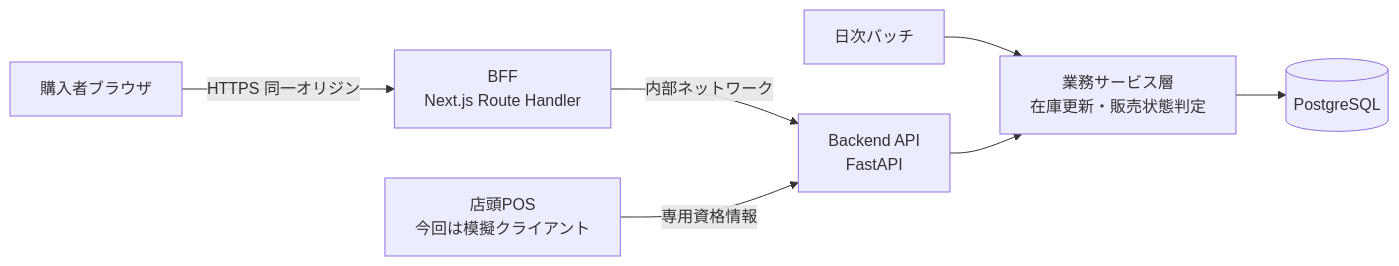
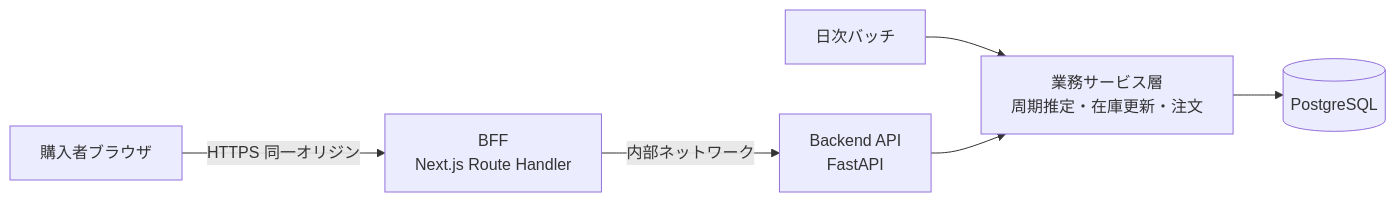
Before and after one commit to Nagaoka122/tech0-lv3-ec: the first of 11 diagrams in 設計仕様書.md, drawn with Mermaid. The commit also changed other lines of this file and 3 other files, not shown here.

````diff
--- a/設計仕様書.md
+++ b/設計仕様書.md
@@ -15,9 +15,8 @@
 ```mermaid
 flowchart LR
     U["購入者ブラウザ"] -->|HTTPS 同一オリジン| BFF["BFF<br/>Next.js Route Handler"]
     BFF -->|内部ネットワーク| API["Backend API<br/>FastAPI"]
-    POS["店頭POS<br/>今回は模擬クライアント"] -->|専用資格情報| API
     BATCH["日次バッチ"] --> SVC
-    API --> SVC["業務サービス層<br/>在庫更新・販売状態判定"]
+    API --> SVC["業務サービス層<br/>周期推定・在庫更新・注文"]
     SVC --> DB[("PostgreSQL")]
 ```
````
